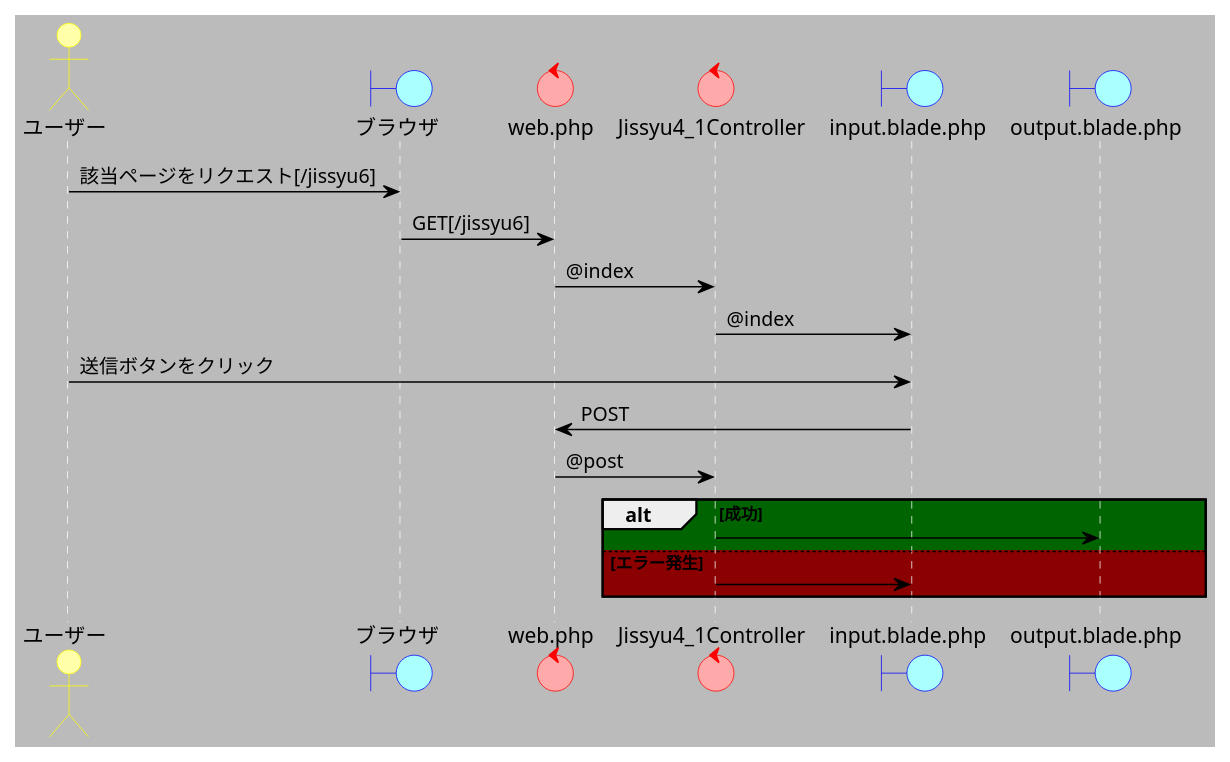
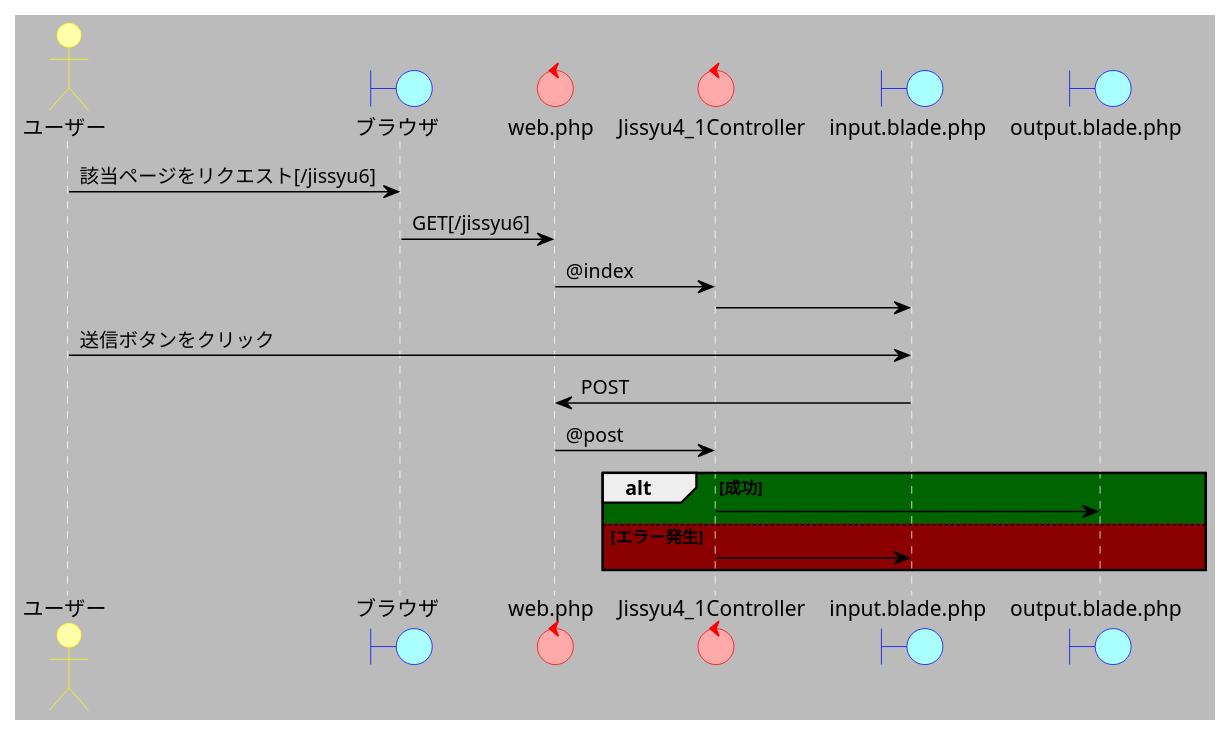
Before and after one commit to taiki1280/school_python: the diagram in Laravel/laravelapp/ゴミ/シーケンス図/jissyu4_1.wsd, drawn with PlantUML.

Commit message:
ミス

```diff
--- a/Laravel/laravelapp/ゴミ/シーケンス図/jissyu4_1.wsd
+++ b/Laravel/laravelapp/ゴミ/シーケンス図/jissyu4_1.wsd
@@ -1,36 +1,36 @@
 @startuml jissyu4_1
 skinparam{
     BackgroundColor #bbb
     DefaultFontColor #000
     SequenceLifeLineBorderColor #fff
     SequenceLifeLineBorderColor #fff
     BoundaryBorderColor #00f
     BoundaryBackgroundColor #aff
     ControlBorderColor #f00
     ControlBackgroundColor #faa
     ActorBackgroundColor #ffa
     ActorBorderColor #ff0
     ArrowColor #000
 }
 
 actor ユーザー as user
 boundary ブラウザ as browser
 control web.php as web
 control Jissyu4_1Controller as controller
 boundary input.blade.php as input
 boundary output.blade.php as output
 
 user -> browser:該当ページをリクエスト[/jissyu6]
 browser -> web:GET[/jissyu6]
 web -> controller:@index
-controller -> input:@index
+controller -> input
 
 user -> input:送信ボタンをクリック
 web <- input:POST
 web -> controller:@post
 alt #DarkGreen 成功
     controller -> output
 else #DarkRed エラー発生
     controller -> input
 end
 @enduml
```
